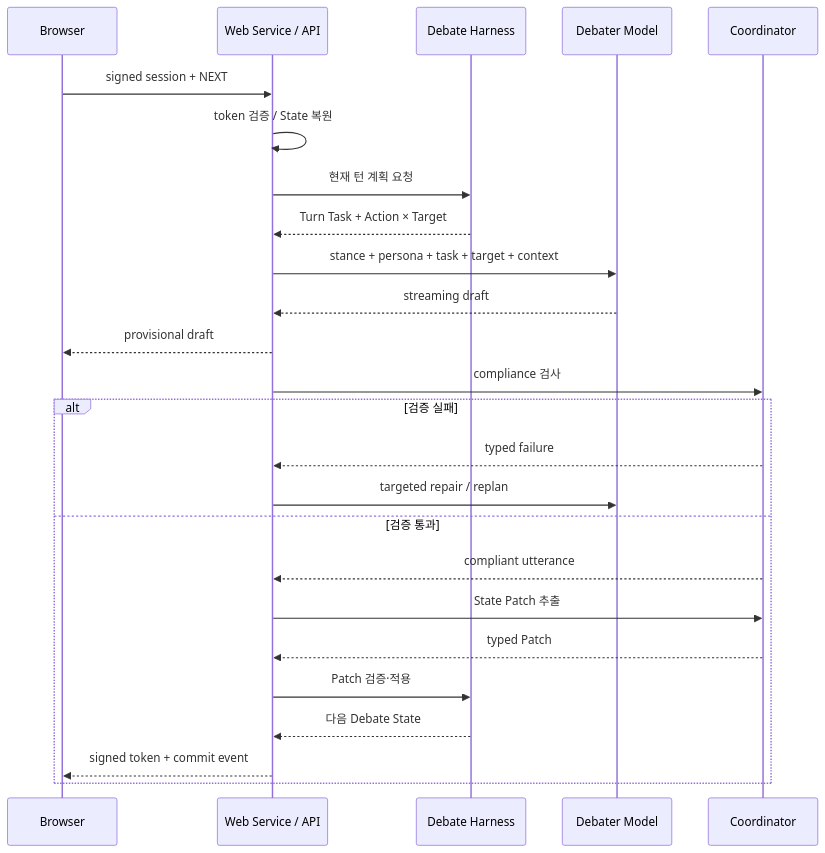
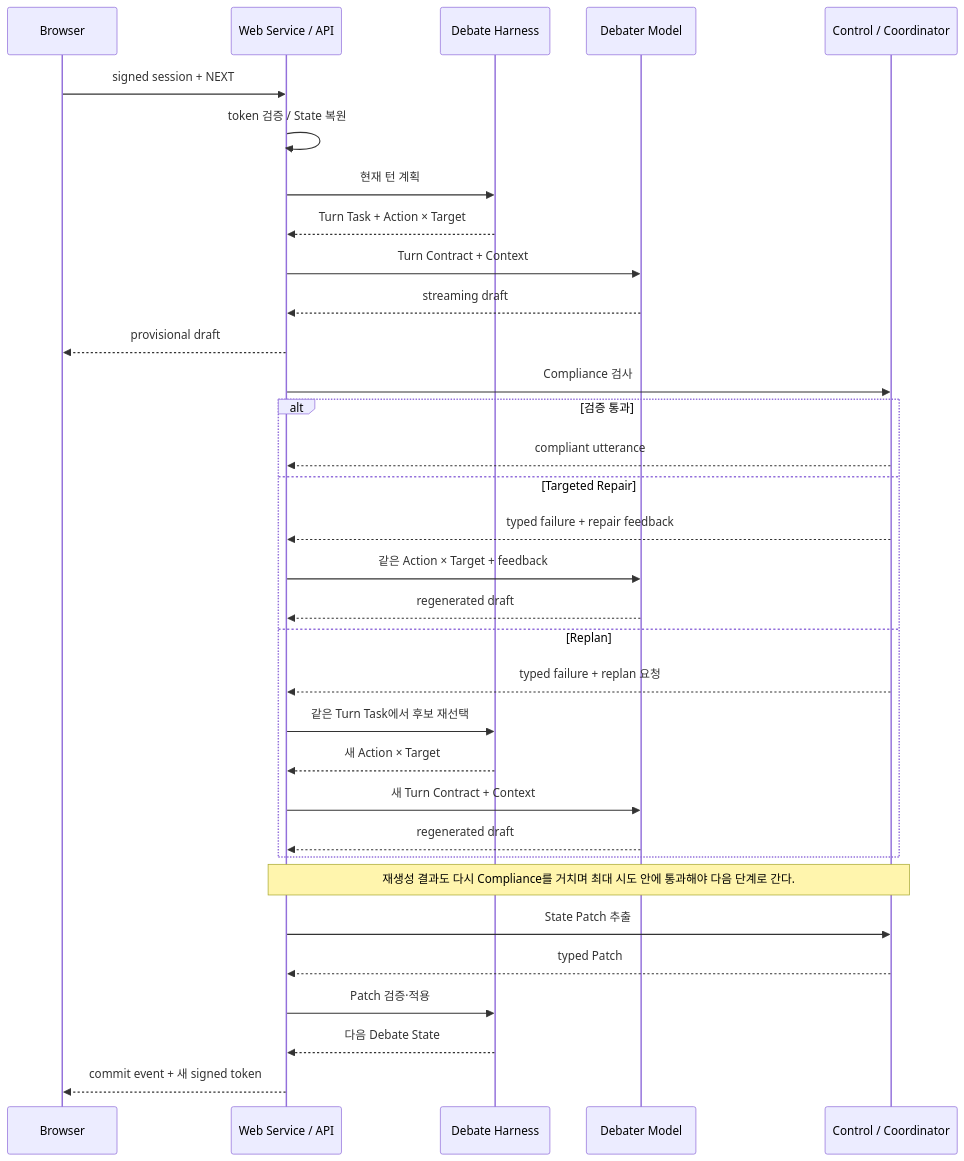
The seventh of 11 diagrams in README.md (hodob/A1-3), drawn with Mermaid before and after one commit. The commit also changed other lines of this file, not shown here.

Commit message:
docs: align debate flow explanations with runtime responsibilities

````diff
--- a/README.md
+++ b/README.md
@@ -356,30 +365,40 @@
 ```mermaid
 sequenceDiagram
     participant B as Browser
     participant W as Web Service / API
     participant H as Debate Harness
     participant D as Debater Model
-    participant C as Coordinator
+    participant C as Control / Coordinator
 
     B->>W: signed session + NEXT
     W->>W: token 검증 / State 복원
-    W->>H: 현재 턴 계획 요청
+    W->>H: 현재 턴 계획
     H-->>W: Turn Task + Action × Target
 
-    W->>D: stance + persona + task + target + context
+    W->>D: Turn Contract + Context
     D-->>W: streaming draft
     W-->>B: provisional draft
 
-    W->>C: compliance 검사
-    alt 검증 실패
-        C-->>W: typed failure
-        W->>D: targeted repair / replan
-    else 검증 통과
+    W->>C: Compliance 검사
+    alt 검증 통과
         C-->>W: compliant utterance
-        W->>C: State Patch 추출
-        C-->>W: typed Patch
-        W->>H: Patch 검증·적용
-        H-->>W: 다음 Debate State
-        W-->>B: signed token + commit event
+    else Targeted Repair
+        C-->>W: typed failure + repair feedback
+        W->>D: 같은 Action × Target + feedback
+        D-->>W: regenerated draft
+    else Replan
+        C-->>W: typed failure + replan 요청
+        W->>H: 같은 Turn Task에서 후보 재선택
+        H-->>W: 새 Action × Target
+        W->>D: 새 Turn Contract + Context
+        D-->>W: regenerated draft
     end
+
+    Note over W,C: 재생성 결과도 다시 Compliance를 거치며 최대 시도 안에 통과해야 다음 단계로 간다.
+
+    W->>C: State Patch 추출
+    C-->>W: typed Patch
+    W->>H: Patch 검증·적용
+    H-->>W: 다음 Debate State
+    W-->>B: commit event + 새 signed token
 ```
````
